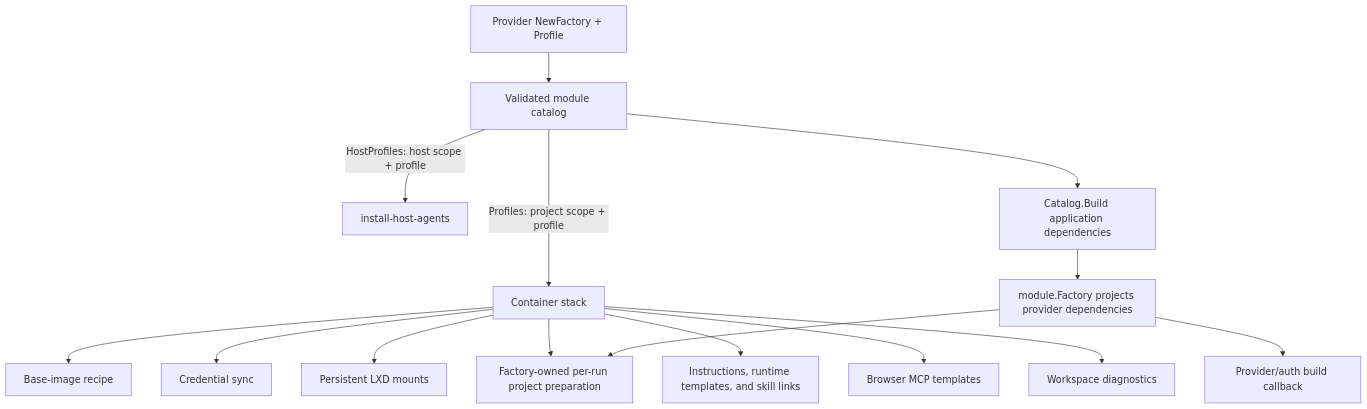
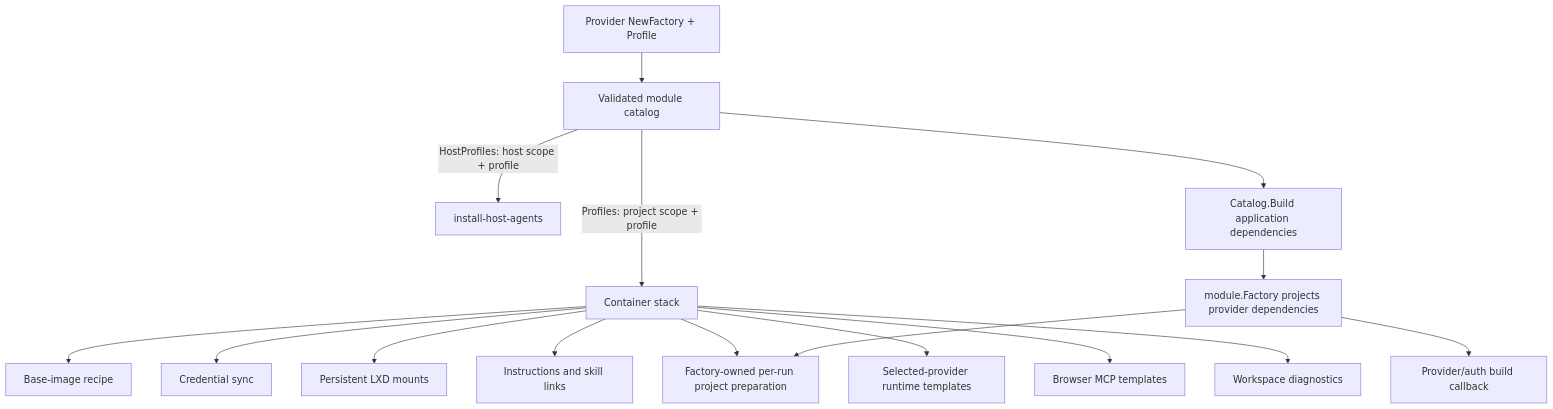
Before and after one commit to AbdallahMohamedDotnet/remote.futrx: the diagram in docs/dev/agents/05-provisioning-and-updates.md, drawn with Mermaid. The commit also changed other lines of this file and 28 other files, not shown here.

````diff
--- a/docs/dev/agents/05-provisioning-and-updates.md
+++ b/docs/dev/agents/05-provisioning-and-updates.md
@@ -58,17 +58,18 @@
 ```mermaid
 flowchart TD
     Factory["Provider NewFactory + Profile"] --> Modules["Validated module catalog"]
     Modules -->|HostProfiles: host scope + profile| Host["install-host-agents"]
     Modules -->|Profiles: project scope + profile| Stack["Container stack"]
     Modules --> Build["Catalog.Build application dependencies"]
     Build --> ModuleFactory["module.Factory projects provider dependencies"]
     ModuleFactory --> Prepare["Factory-owned per-run project preparation"]
     ModuleFactory --> Callback["Provider/auth build callback"]
     Stack --> Image["Base-image recipe"]
     Stack --> Prepare
     Stack --> Credentials["Credential sync"]
     Stack --> Lifecycle["Persistent LXD mounts"]
-    Stack --> Workspace["Instructions, runtime templates, and skill links"]
+    Stack --> Workspace["Instructions and skill links"]
+    Stack --> RuntimeAssets["Selected-provider runtime templates"]
     Stack --> Browser["Browser MCP templates"]
     Stack --> Inspection["Workspace diagnostics"]
 ```
````
